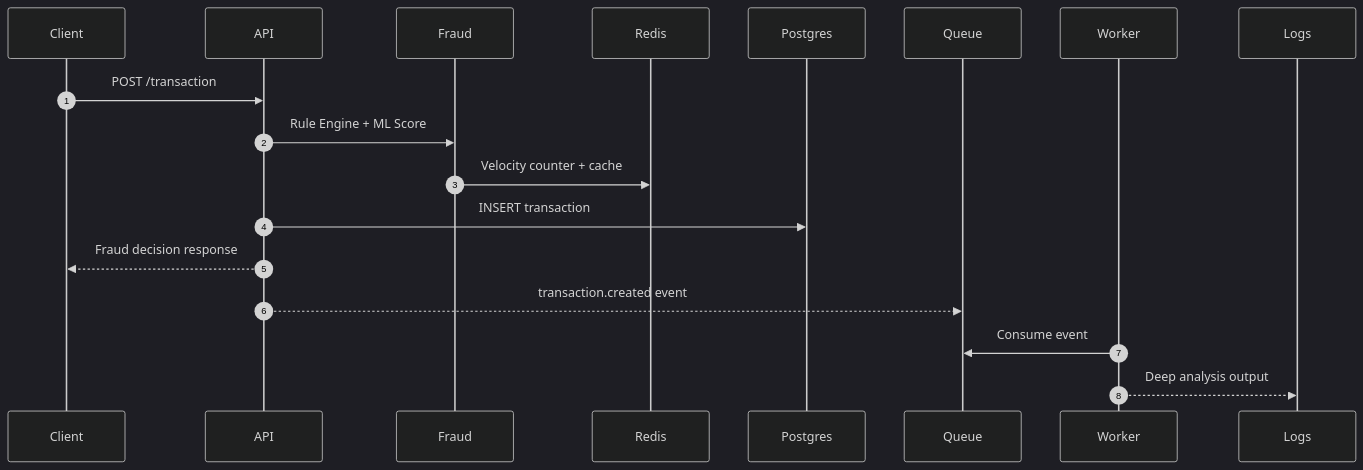
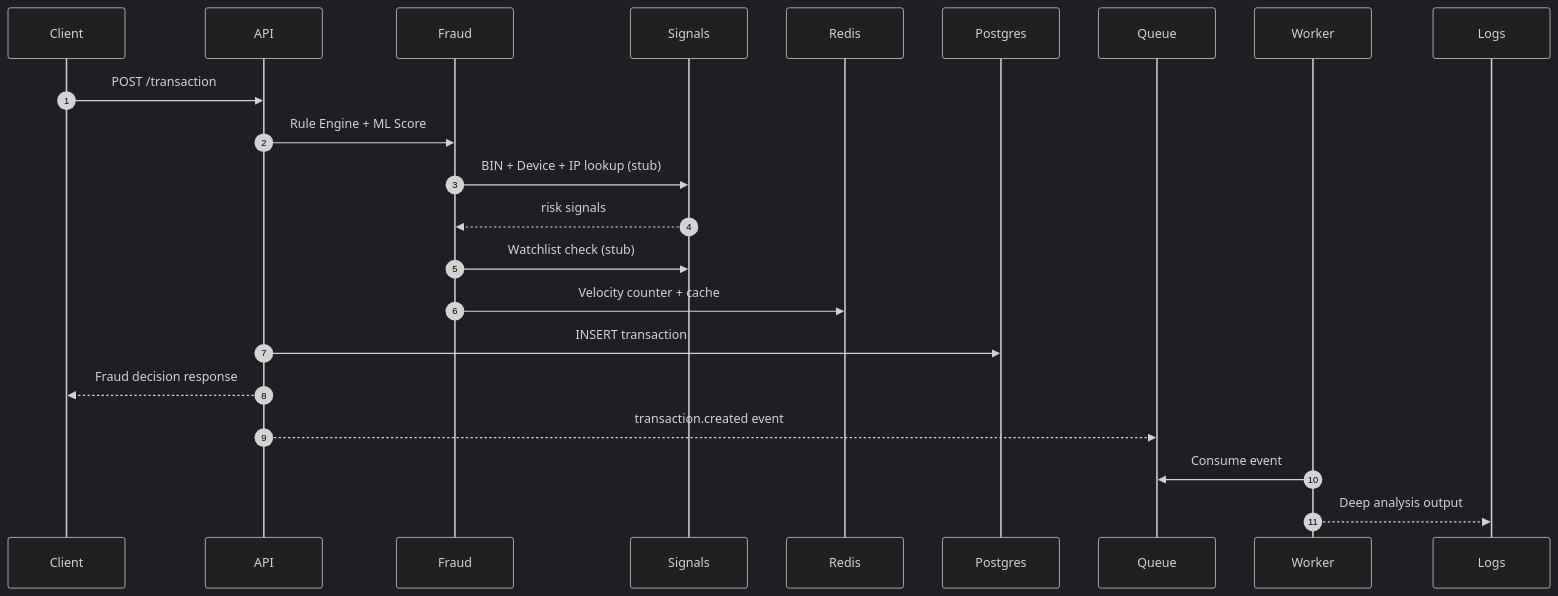
The second of 2 diagrams in README.md (Rakesh653/fraud-detection-system), drawn with Mermaid (dark theme) before and after one commit. The commit also changed other lines of this file and 26 other files, not shown here.

````diff
--- a/README.md
+++ b/README.md
@@ -21,12 +25,15 @@
 ```mermaid
 sequenceDiagram
   autonumber
   Client->>API: POST /transaction
   API->>Fraud: Rule Engine + ML Score
+  Fraud->>Signals: BIN + Device + IP lookup (stub)
+  Signals-->>Fraud: risk signals
+  Fraud->>Signals: Watchlist check (stub)
   Fraud->>Redis: Velocity counter + cache
   API->>Postgres: INSERT transaction
   API-->>Client: Fraud decision response
   API-->>Queue: transaction.created event
   Worker->>Queue: Consume event
   Worker-->>Logs: Deep analysis output
 ```
````
